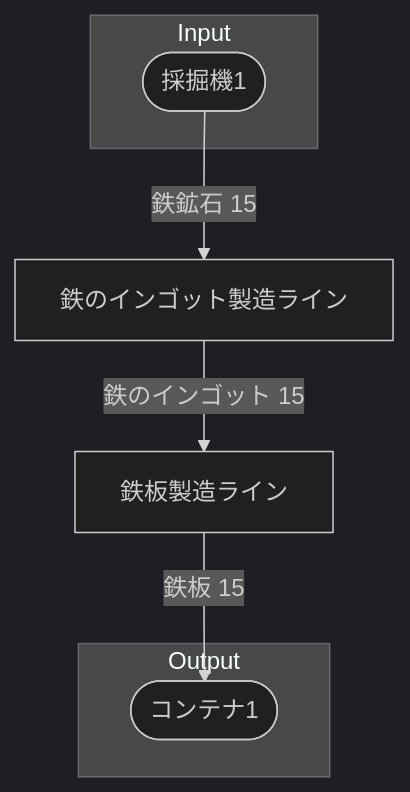
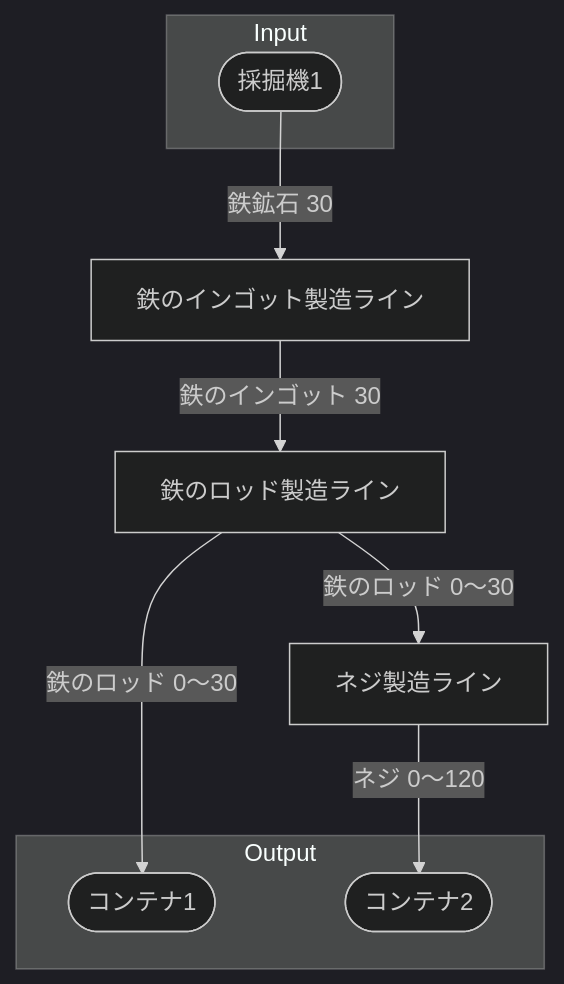
Before and after one commit to Suzuran-Amano/SatisfactoryTaskEfficiency: the diagram in 40_FactoryBuilding/初期一時鉄のロッド工場/30‗全体製造ライン設計書/全体製造ライン設計書.md, drawn with Mermaid (dark theme). The commit also changed other lines of this file and 6 other files, not shown here.

````diff
--- a/40_FactoryBuilding/初期一時鉄のロッド工場/30‗全体製造ライン設計書/全体製造ライン設計書.md
+++ b/40_FactoryBuilding/初期一時鉄のロッド工場/30‗全体製造ライン設計書/全体製造ライン設計書.md
@@ -24,21 +32,25 @@
 ```mermaid
 flowchart TD
 
 subgraph Input
     採掘機1([採掘機1])
 end
 
 鉄のインゴット製造ライン[鉄のインゴット製造ライン]
-鉄板製造ライン[鉄板製造ライン]
+鉄のロッド製造ライン[鉄のロッド製造ライン]
+ネジ製造ライン[ネジ製造ライン]
 
 subgraph Output
     コンテナ1([コンテナ1])
+    コンテナ2([コンテナ2])
 end
 
 
-採掘機1-->|鉄鉱石 15|鉄のインゴット製造ライン
-鉄のインゴット製造ライン-->|鉄のインゴット 15|鉄板製造ライン
-鉄板製造ライン-->|鉄板 15|コンテナ1
+採掘機1-->|鉄鉱石 30|鉄のインゴット製造ライン
+鉄のインゴット製造ライン-->|鉄のインゴット 30|鉄のロッド製造ライン
+鉄のロッド製造ライン-->|鉄のロッド 0～30|コンテナ1
+鉄のロッド製造ライン-->|鉄のロッド 0～30|ネジ製造ライン
+ネジ製造ライン-->|ネジ 0～120|コンテナ2
 
 
 ```
````
